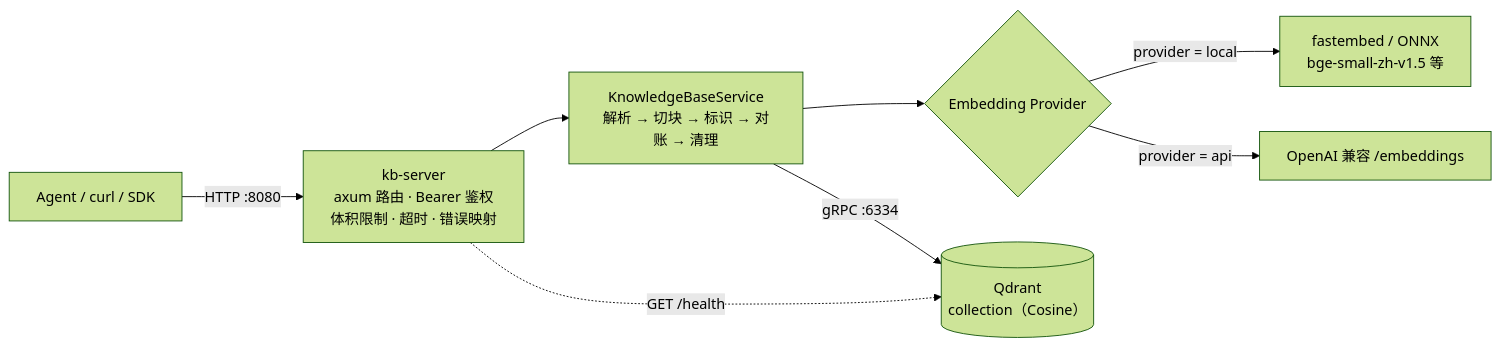
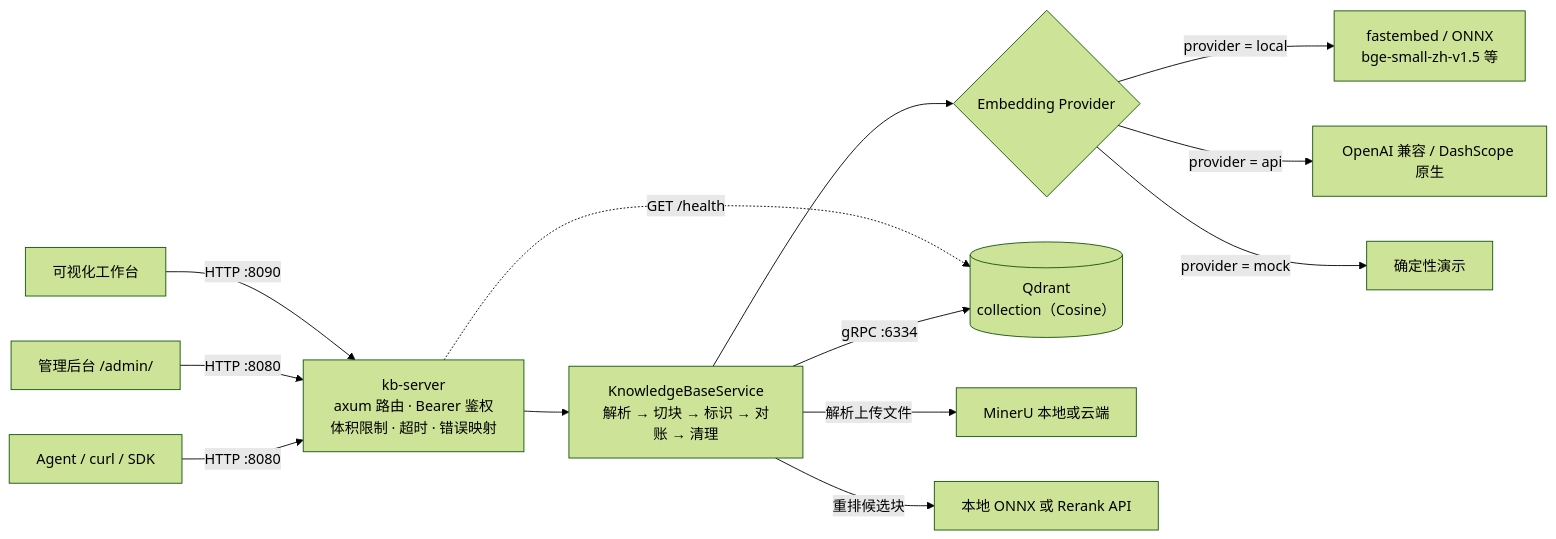
Before and after one commit to Cui6789/Qdrant_Rust: the diagram in README.md, drawn with Mermaid (forest theme). The commit also changed other lines of this file and 78 other files, not shown here.

````diff
--- a/README.md
+++ b/README.md
@@ -19,10 +21,15 @@
 ```mermaid
 flowchart LR
     Client["Agent / curl / SDK"] -->|"HTTP :8080"| Server["kb-server<br/>axum 路由 · Bearer 鉴权<br/>体积限制 · 超时 · 错误映射"]
+    Admin["管理后台 /admin/"] -->|"HTTP :8080"| Server
+    Workbench["可视化工作台"] -->|"HTTP :8090"| Server
     Server --> Service["KnowledgeBaseService<br/>解析 → 切块 → 标识 → 对账 → 清理"]
     Service --> Embedder{"Embedding Provider"}
     Embedder -->|"provider = local"| Local["fastembed / ONNX<br/>bge-small-zh-v1.5 等"]
-    Embedder -->|"provider = api"| API["OpenAI 兼容 /embeddings"]
+    Embedder -->|"provider = api"| API["OpenAI 兼容 / DashScope 原生"]
+    Embedder -->|"provider = mock"| Mock["确定性演示"]
     Service -->|"gRPC :6334"| Qdrant[("Qdrant<br/>collection（Cosine）")]
+    Service -->|"解析上传文件"| MinerU["MinerU 本地或云端"]
+    Service -->|"重排候选块"| Reranker["本地 ONNX 或 Rerank API"]
     Server -. "GET /health" .-> Qdrant
 ```
````
